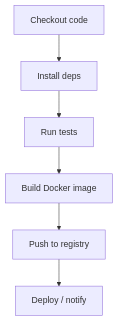
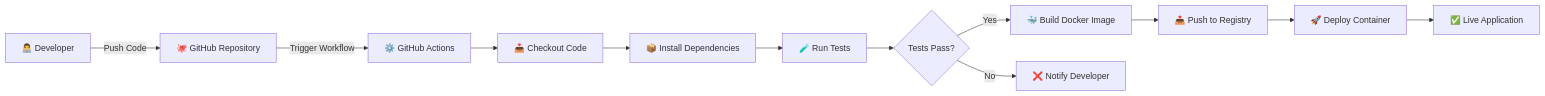
Before and after one commit to HirenMahida007/docker-cicd-pipeline-project: the diagram in README.md, drawn with Mermaid. The commit also changed other lines of this file, not shown here.

````diff
--- a/README.md
+++ b/README.md
@@ -109,8 +57,14 @@
 ```mermaid
-flowchart TD
-    A[Checkout code] --> B[Install deps]
-    B --> C[Run tests]
-    C --> D[Build Docker image]
-    D --> E[Push to registry]
-    E --> F[Deploy / notify]
+flowchart LR
+    A[👨‍💻 Developer] -->|Push Code| B[🐙 GitHub Repository]
+    B -->|Trigger Workflow| C[⚙️ GitHub Actions]
+    C --> D[📥 Checkout Code]
+    D --> E[📦 Install Dependencies]
+    E --> F[🧪 Run Tests]
+    F --> G{Tests Pass?}
+    G -->|Yes| H[🐳 Build Docker Image]
+    G -->|No| I[❌ Notify Developer]
+    H --> J[📤 Push to Registry]
+    J --> K[🚀 Deploy Container]
+    K --> L[✅ Live Application]
 ```
````
